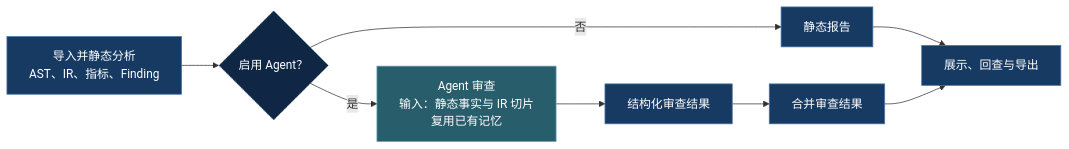
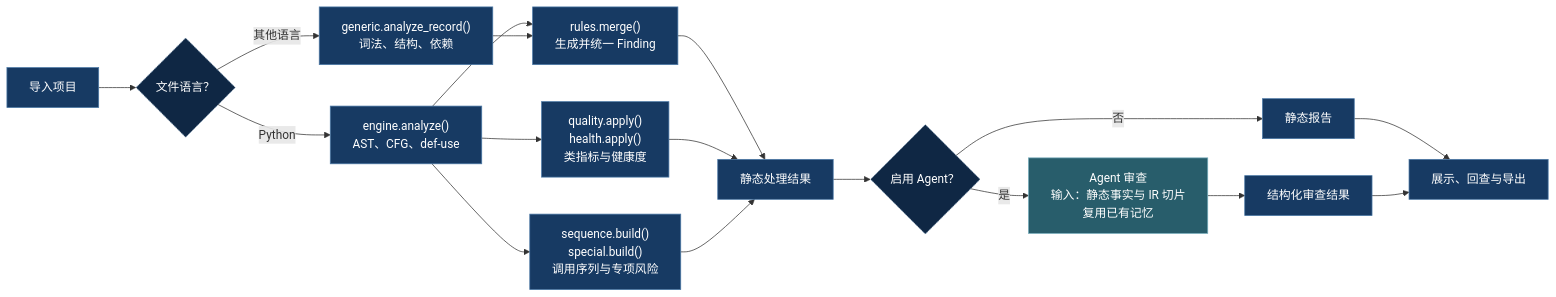
Before and after one commit to kane0204/CodeLens: the second of 5 diagrams in docs/slides/slides.md, drawn with Mermaid. The commit also changed other lines of this file, not shown here.

Commit message:
docs: refine agent process diagrams

````diff
--- a/docs/slides/slides.md
+++ b/docs/slides/slides.md
@@ -174,22 +174,33 @@
 ```mermaid
 flowchart LR
-    A["导入并静态分析<br/>AST、IR、指标、Finding"] --> B{"启用 Agent？"}
+    A["导入项目"] --> B{"文件语言？"}
+    B -- "Python" --> P["engine.analyze()<br/>AST、CFG、def-use"]
+    B -- "其他语言" --> G["generic.analyze_record()<br/>词法、结构、依赖"]
 
-    B -- "否" --> S["静态报告"]
-    B -- "是" --> E["Agent 审查<br/>输入：静态事实与 IR 切片<br/>复用已有记忆"]
-    E --> R["结构化审查结果"]
-    R --> M["合并审查结果"]
+    P --> R["rules.merge()<br/>生成并统一 Finding"]
+    G --> R
+    P --> Q["quality.apply()<br/>health.apply()<br/>类指标与健康度"]
+    P --> S["sequence.build()<br/>special.build()<br/>调用序列与专项风险"]
 
-    S --> G["展示、回查与导出"]
-    M --> G
+    R --> F["静态处理结果"]
+    Q --> F
+    S --> F
+
+    F --> H{"启用 Agent？"}
+    H -- "否" --> T["静态报告"]
+    H -- "是" --> E["Agent 审查<br/>输入：静态事实与 IR 切片<br/>复用已有记忆"]
+    E --> U["结构化审查结果"]
+
+    T --> V["展示、回查与导出"]
+    U --> V
 
     classDef input fill:#173a63,stroke:#4b78a6,color:#fff;
     classDef decision fill:#0f2744,stroke:#7895b2,stroke-dasharray:4 3,color:#fff;
     classDef agent fill:#285d6b,stroke:#71a9b8,color:#fff;
     classDef output fill:#173a63,stroke:#4b78a6,color:#fff;
 
-    class A,S input;
-    class B decision;
+    class A,P,G input;
+    class B,H decision;
     class E agent;
-    class R,M,G output;
+    class R,Q,S,F,T,U,V output;
 ```
````
